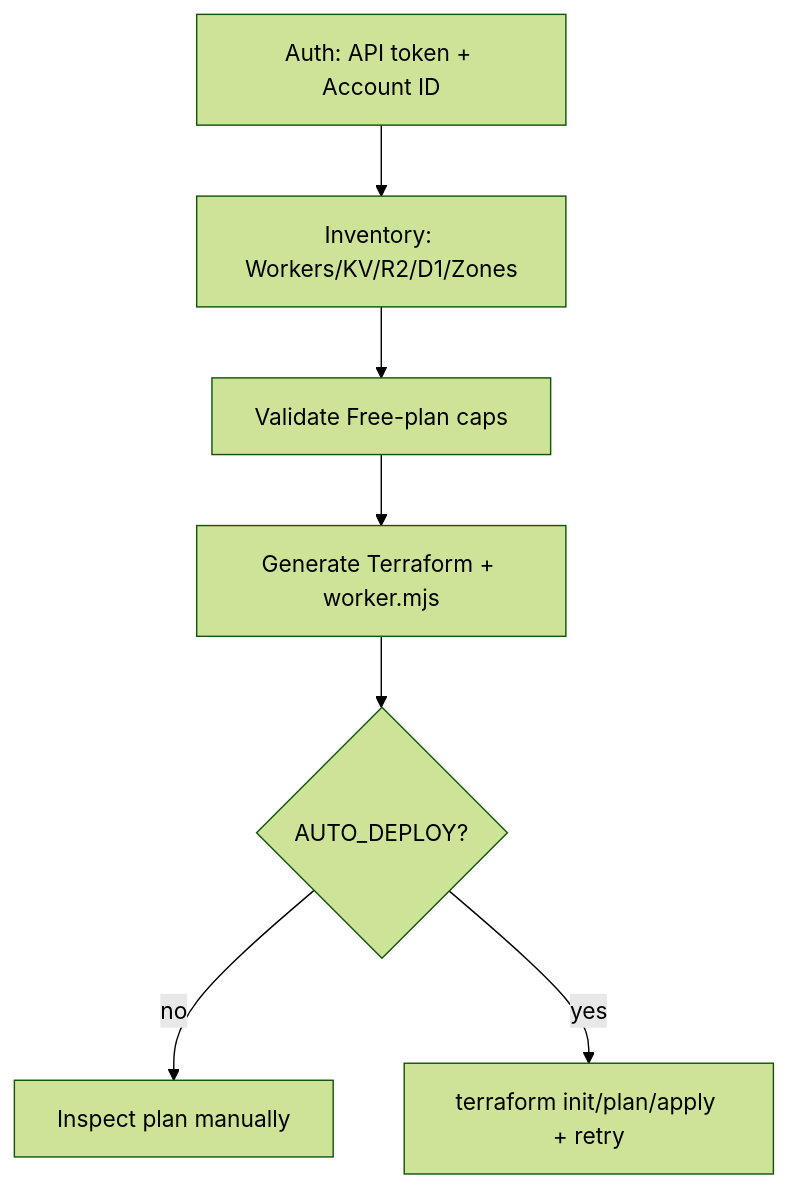
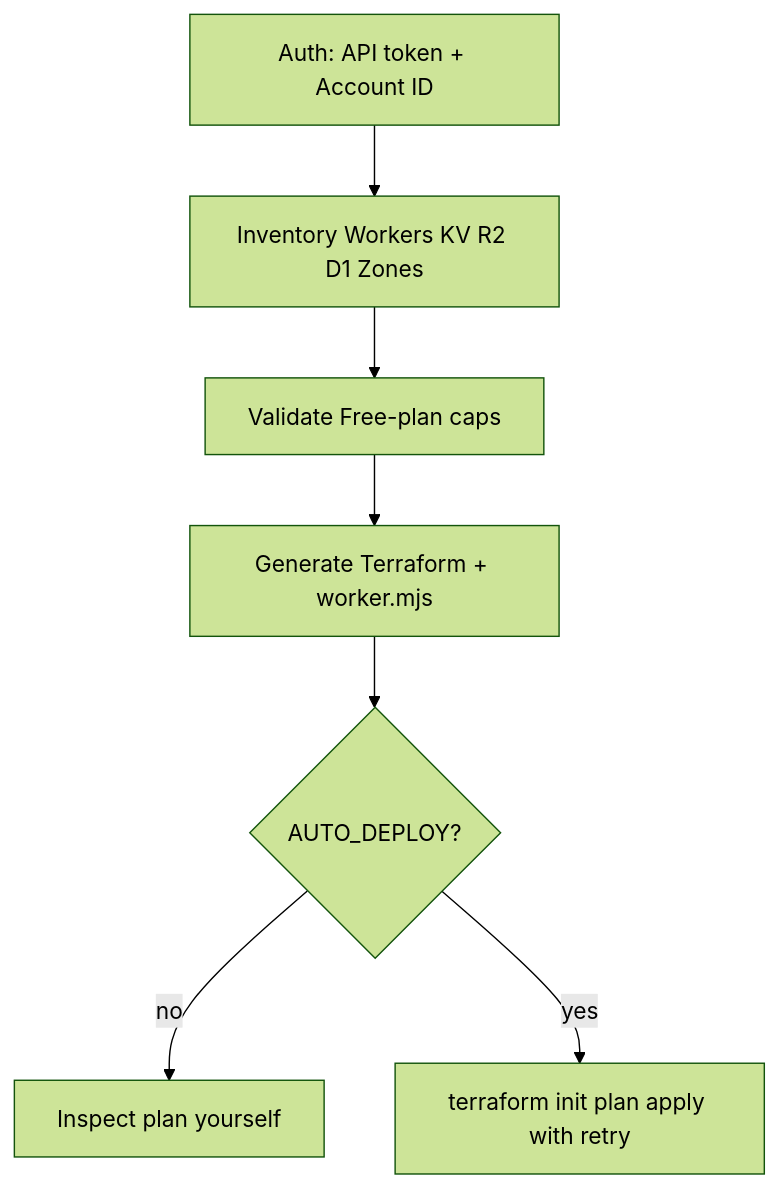
The diagram in cloud/Cloudflare/docs/OVERVIEW.md (bodecloud/CloudBooter), drawn with Mermaid (forest theme) before and after one commit. The commit also changed other lines of this file and 21 other files, not shown here.

````diff
--- a/cloud/Cloudflare/docs/OVERVIEW.md
+++ b/cloud/Cloudflare/docs/OVERVIEW.md
@@ -3,9 +5,9 @@
 ```mermaid
 flowchart TD
-  A[Auth: API token + Account ID] --> B[Inventory: Workers/KV/R2/D1/Zones]
+  A[Auth: API token + Account ID] --> B[Inventory Workers KV R2 D1 Zones]
   B --> C[Validate Free-plan caps]
   C --> D[Generate Terraform + worker.mjs]
   D --> E{AUTO_DEPLOY?}
-  E -- no --> F[Inspect plan manually]
-  E -- yes --> G[terraform init/plan/apply + retry]
+  E -- no --> F[Inspect plan yourself]
+  E -- yes --> G[terraform init plan apply with retry]
 ```
````
